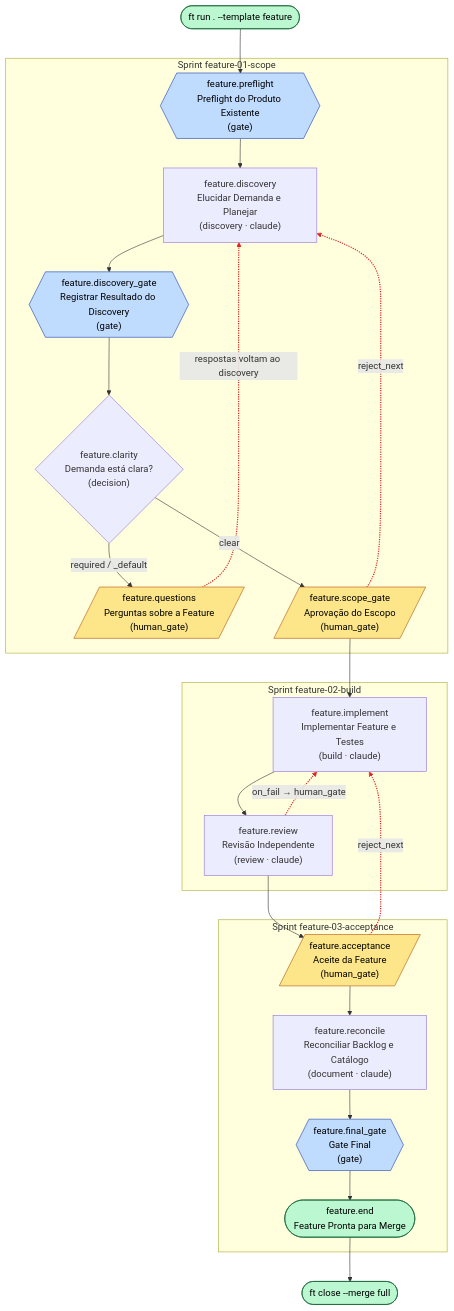
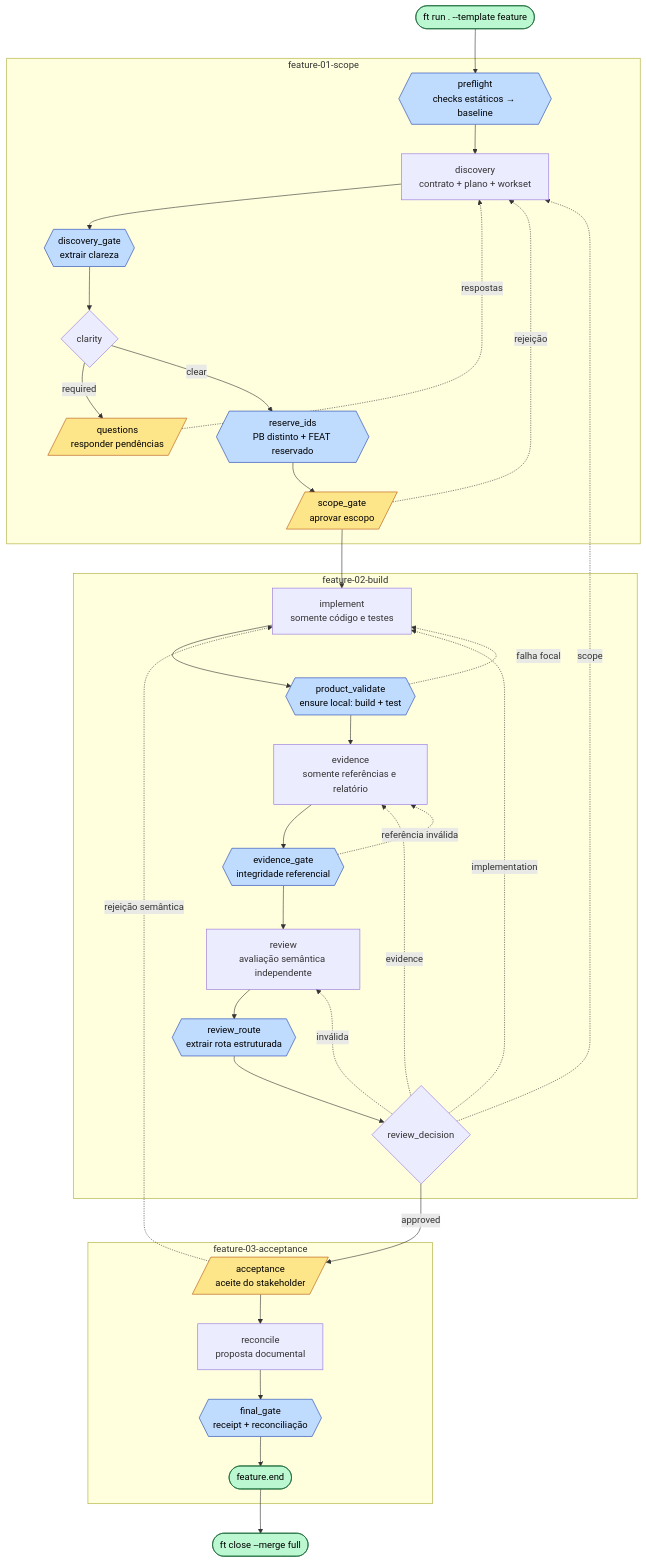
Before and after one commit to symlabs-ai/fast-track_process: the diagram in templates/feature/process-flow.md, drawn with Mermaid. The commit also changed other lines of this file and 26 other files, not shown here.

````diff
--- a/templates/feature/process-flow.md
+++ b/templates/feature/process-flow.md
@@ -22,55 +19,55 @@
 ```mermaid
 flowchart TD
     start([ft run . --template feature]) --> preflight
 
-    subgraph s1["Sprint feature-01-scope"]
-        preflight{{"feature.preflight<br/>Preflight do Produto Existente<br/>(gate)"}}
-        discovery["feature.discovery<br/>Elucidar Demanda e Planejar<br/>(discovery · claude)"]
-        discovery_gate{{"feature.discovery_gate<br/>Registrar Resultado do Discovery<br/>(gate)"}}
-        clarity{"feature.clarity<br/>Demanda está clara?<br/>(decision)"}
-        questions[/"feature.questions<br/>Perguntas sobre a Feature<br/>(human_gate)"/]
-        scope_gate[/"feature.scope_gate<br/>Aprovação do Escopo<br/>(human_gate)"/]
+    subgraph scope["feature-01-scope"]
+        preflight{{"preflight<br/>checks estáticos → baseline"}}
+        discovery["discovery<br/>contrato + plano + workset"]
+        discovery_gate{{"discovery_gate<br/>extrair clareza"}}
+        clarity{"clarity"}
+        questions[/"questions<br/>responder pendências"/]
+        reserve_ids{{"reserve_ids<br/>PB distinto + FEAT reservado"}}
+        scope_gate[/"scope_gate<br/>aprovar escopo"/]
     end
 
-    subgraph s2["Sprint feature-02-build"]
-        implement["feature.implement<br/>Implementar Feature e Testes<br/>(build · claude)"]
-        review["feature.review<br/>Revisão Independente<br/>(review · claude)"]
+    subgraph build["feature-02-build"]
+        implement["implement<br/>somente código e testes"]
+        product_validate{{"product_validate<br/>ensure local: build + test"}}
+        evidence["evidence<br/>somente referências e relatório"]
+        evidence_gate{{"evidence_gate<br/>integridade referencial"}}
+        review["review<br/>avaliação semântica independente"]
+        review_route{{"review_route<br/>extrair rota estruturada"}}
+        review_decision{"review_decision"}
     end
 
-    subgraph s3["Sprint feature-03-acceptance"]
-        acceptance[/"feature.acceptance<br/>Aceite da Feature<br/>(human_gate)"/]
-        reconcile["feature.reconcile<br/>Reconciliar Backlog e Catálogo<br/>(document · claude)"]
-        final_gate{{"feature.final_gate<br/>Gate Final<br/>(gate)"}}
-        endnode([feature.end<br/>Feature Pronta para Merge])
+    subgraph acceptance["feature-03-acceptance"]
+        accept[/"acceptance<br/>aceite do stakeholder"/]
+        reconcile["reconcile<br/>proposta documental"]
+        final_gate{{"final_gate<br/>receipt + reconciliação"}}
+        endnode([feature.end])
     end
 
-    preflight --> discovery
-    discovery --> discovery_gate
-    discovery_gate --> clarity
-    clarity -->|clear| scope_gate
-    clarity -->|"required / _default"| questions
-    questions -.->|respostas voltam ao discovery| discovery
-
-    scope_gate --> implement
-    scope_gate -.->|reject_next| discovery
-
-    implement --> review
-    review --> acceptance
-    review -.->|on_fail → human_gate| implement
-
-    acceptance --> reconcile
-    acceptance -.->|reject_next| implement
-
-    reconcile --> final_gate
-    final_gate --> endnode
-    endnode --> close([ft close --merge full])
+    preflight --> discovery --> discovery_gate --> clarity
+    clarity -->|required| questions
+    questions -. respostas .-> discovery
+    clarity -->|clear| reserve_ids --> scope_gate
+    scope_gate -. rejeição .-> discovery
+    scope_gate --> implement --> product_validate --> evidence --> evidence_gate --> review
+    product_validate -. falha focal .-> implement
+    evidence_gate -. referência inválida .-> evidence
+    review --> review_route --> review_decision
+    review_decision -->|approved| accept
+    review_decision -. implementation .-> implement
+    review_decision -. evidence .-> evidence
+    review_decision -. scope .-> discovery
+    review_decision -. inválida .-> review
+    accept -. rejeição semântica .-> implement
+    accept --> reconcile --> final_gate --> endnode --> close([ft close --merge full])
 
     classDef human fill:#fde68a,stroke:#b45309,color:#000;
     classDef gate fill:#bfdbfe,stroke:#1e40af,color:#000;
     classDef terminal fill:#bbf7d0,stroke:#166534,color:#000;
-    class questions,scope_gate,acceptance human;
-    class preflight,discovery_gate,final_gate gate;
+    class questions,scope_gate,accept human;
+    class preflight,discovery_gate,reserve_ids,product_validate,evidence_gate,review_route,final_gate gate;
     class start,endnode,close terminal;
-
-    linkStyle 6,8,11,13 stroke:#dc2626,stroke-width:2px;
 ```
````
